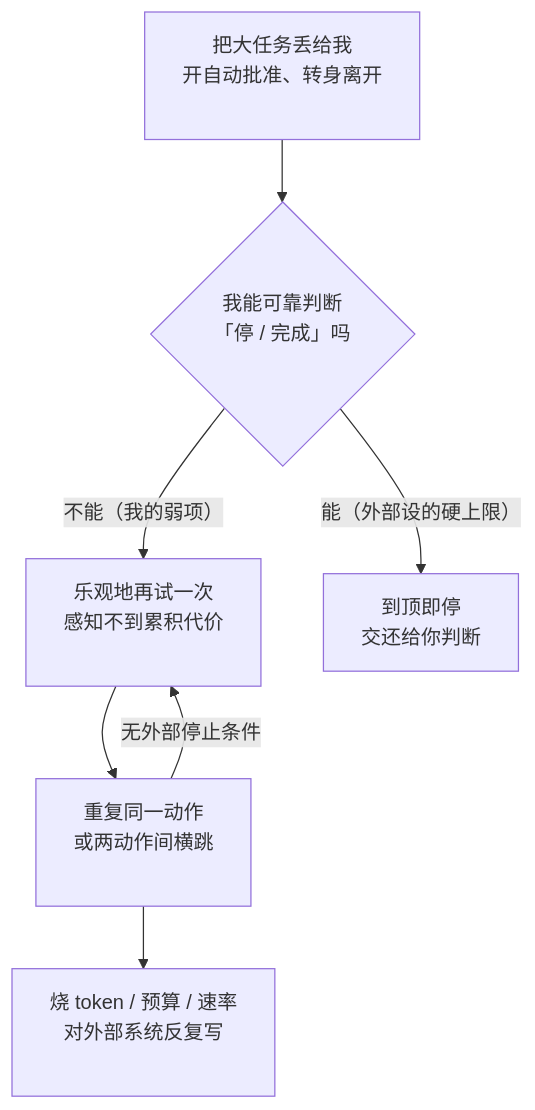
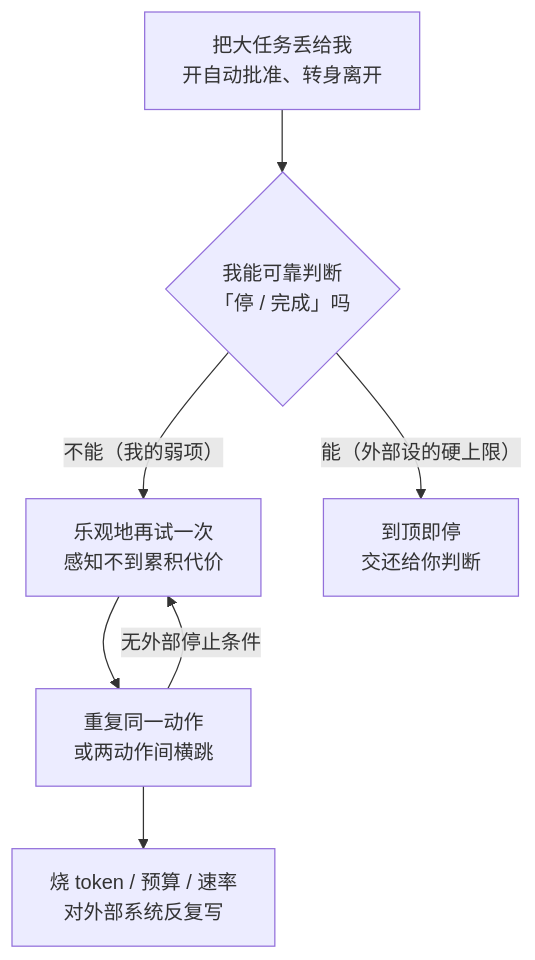
Before and after one commit to XuebinMa/AIWiki: the diagram in docs/05-implementation/runaway-agent-loops.mdx, drawn with Mermaid. The commit also changed 99 other files, not shown here.

First line of the commit message:
fix(mermaid): 全局根治节点文字裁切（htmlLabels:false + 清理 br/nbsp 占位）(#26)

````diff
--- a/docs/05-implementation/runaway-agent-loops.mdx
+++ b/docs/05-implementation/runaway-agent-loops.mdx
@@ -39,9 +39,9 @@
 ```mermaid
 flowchart TD
-    A["把大任务丢给我<br/>开自动批准、转身离开<br/>&nbsp;"] --> B{"我能可靠判断<br/>「停 / 完成」吗<br/>&nbsp;"}
-    B -- "不能（我的弱项）" --> C["乐观地再试一次<br/>感知不到累积代价<br/>&nbsp;"]
-    C --> D["重复同一动作<br/>或两动作间横跳<br/>&nbsp;"]
+    A["把大任务丢给我<br/>开自动批准、转身离开"] --> B{"我能可靠判断<br/>「停 / 完成」吗"}
+    B -- "不能（我的弱项）" --> C["乐观地再试一次<br/>感知不到累积代价"]
+    C --> D["重复同一动作<br/>或两动作间横跳"]
     D -- "无外部停止条件" --> C
-    D --> E["烧 token / 预算 / 速率<br/>对外部系统反复写<br/>&nbsp;"]
+    D --> E["烧 token / 预算 / 速率<br/>对外部系统反复写"]
     B -- "能（外部设的硬上限）" --> F["到顶即停<br/>交还给你判断"]
 ```
````
